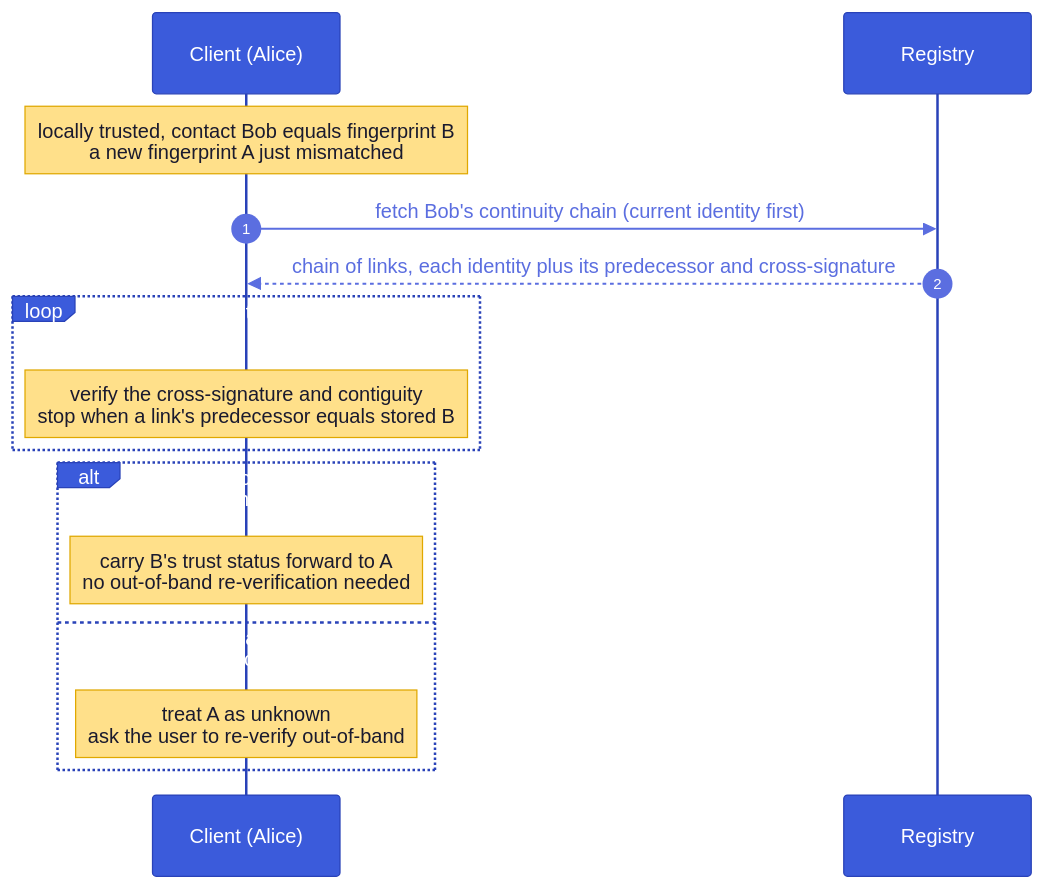
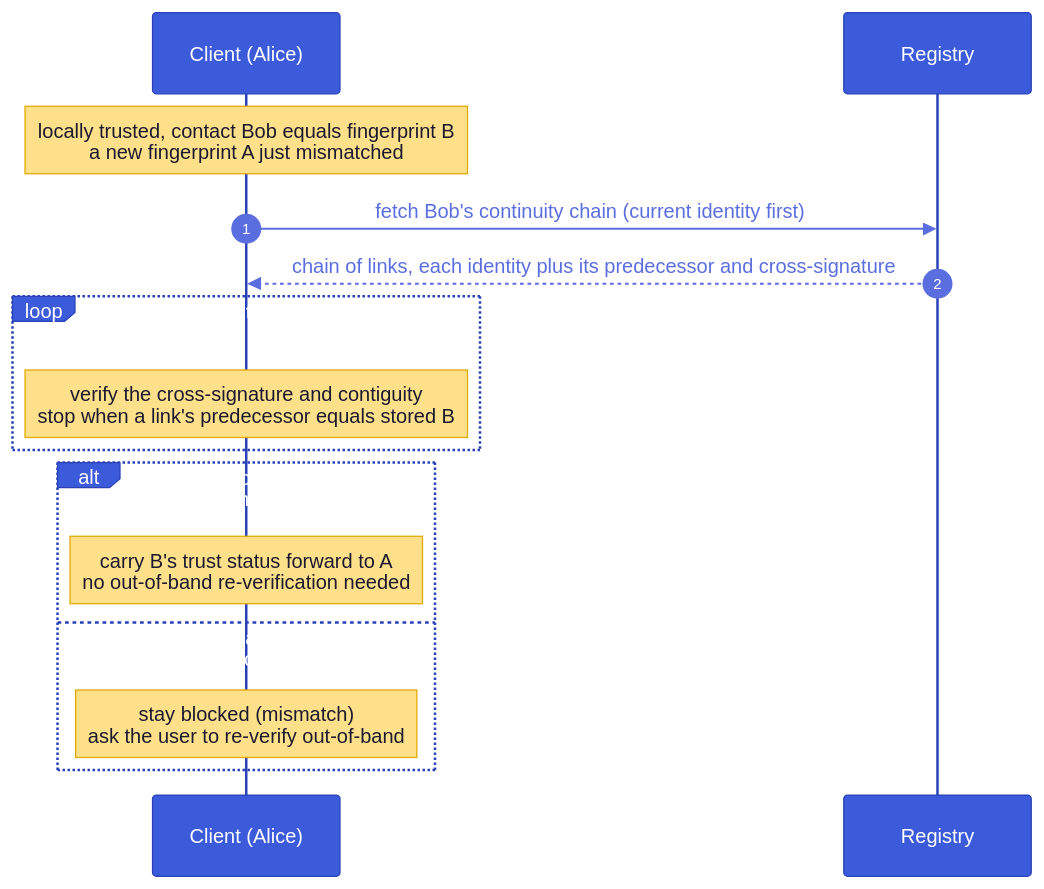
One commit to suitenumerique/encryption changed the ninth of 24 diagrams in architecture.md. Above: the diagram before and after it, drawn with Mermaid. The commit also changed other lines of this file and 24 other files, not shown here.

Commit message:
fix(crypto): encrypt with xchacha20-poly1305 aead instead of xsalsa20 secretbox as documented + harden vault integrity checks & chore(docs): rework the architecture document

````diff
--- a/architecture.md
+++ b/architecture.md
@@ -218,18 +832,18 @@
 ```mermaid
-%%{init: {'theme':'base','themeVariables':{'actorBkg':'#3b5bdb','actorTextColor':'#fff','actorBorder':'#2942b8','signalColor':'#5b6ee0','signalTextColor':'#5b6ee0','noteBkgColor':'#ffe08a','noteTextColor':'#1a1a2e','noteBorderColor':'#e0a800','sequenceNumberColor':'#fff'}}}%%
+%%{init: {'theme':'base','look':'classic','themeVariables':{'actorBkg':'#3b5bdb','actorTextColor':'#fff','actorBorder':'#2942b8','signalColor':'#5b6ee0','signalTextColor':'#5b6ee0','noteBkgColor':'#ffe08a','noteTextColor':'#1a1a2e','noteBorderColor':'#e0a800','sequenceNumberColor':'#fff'}}}%%
 sequenceDiagram
   autonumber
   participant C as Client (Alice)
   participant REG as Registry
   Note over C: locally trusted, contact Bob equals fingerprint B<br/>a new fingerprint A just mismatched
   C->>REG: fetch Bob's continuity chain (current identity first)
   REG-->>C: chain of links, each identity plus its predecessor and cross-signature
   loop each link, back toward B, up to the hop cap
     Note over C: verify the cross-signature and contiguity<br/>stop when a link's predecessor equals stored B
   end
   alt a valid chain reaches B within the cap
     Note over C: carry B's trust status forward to A<br/>no out-of-band re-verification needed
   else chain broken, absent, or over the cap
-    Note over C: treat A as unknown<br/>ask the user to re-verify out-of-band
+    Note over C: stay blocked (mismatch)<br/>ask the user to re-verify out-of-band
   end
 ```
````
